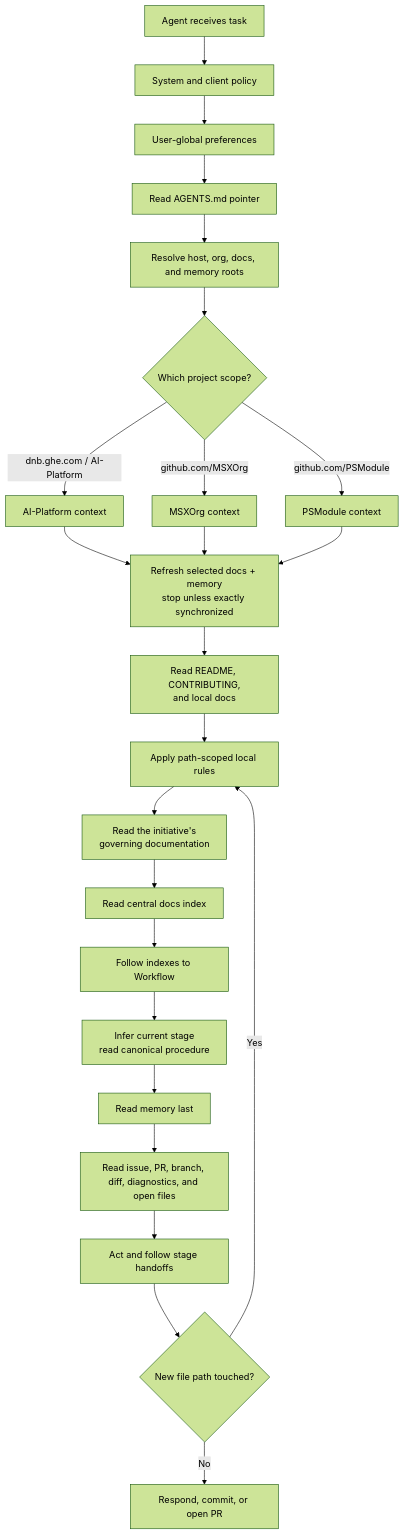
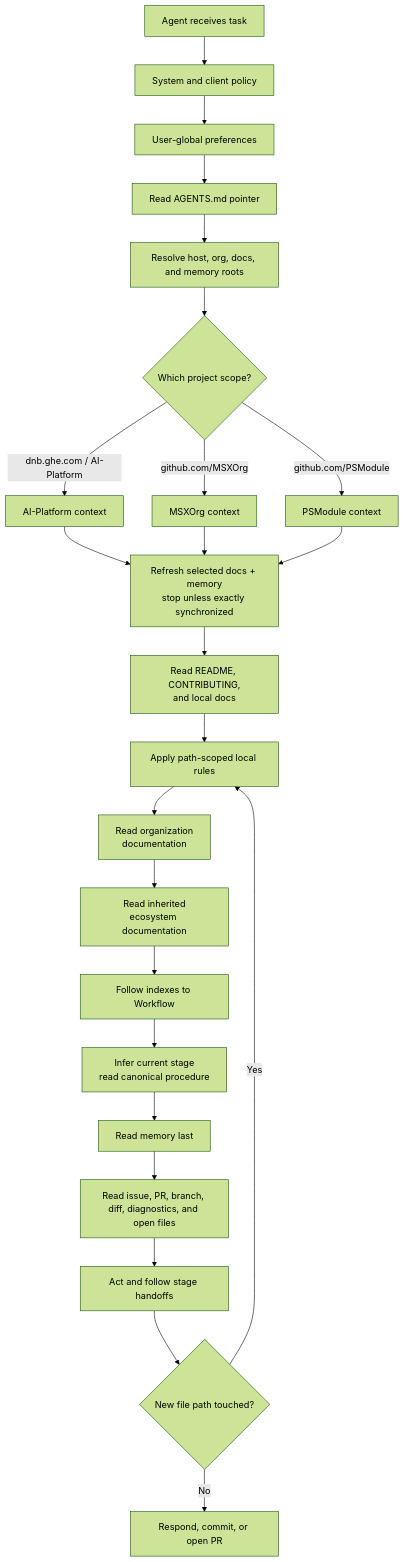
One commit to MSXOrg/docs changed the diagram in src/docs/Capabilities/agentic-development/design.md. Above: the diagram before and after it, drawn with Mermaid (forest theme). The commit also changed 1 other file, not shown here.

Commit message:
Use the spec's own layer vocabulary instead of initiative
The capability is organization-scoped and never defines initiative;
its contract calls the layers organization documentation and inherited
ecosystem documentation. The requirements and the resolution diagram
now match.

````diff
--- a/src/docs/Capabilities/agentic-development/design.md
+++ b/src/docs/Capabilities/agentic-development/design.md
@@ -130,30 +130,30 @@
 ```mermaid
 flowchart TD
   start["Agent receives task"] --> policy["System and client policy"]
   policy --> user["User-global preferences"]
   user --> pointer["Read AGENTS.md pointer"]
   pointer --> locate["Resolve host, org, docs, and memory roots"]
 
   locate --> host{"Which project scope?"}
   host -->|"dnb.ghe.com / AI-Platform"| aip["AI-Platform context"]
   host -->|"github.com/MSXOrg"| msx["MSXOrg context"]
   host -->|"github.com/PSModule"| psmodule["PSModule context"]
 
   aip --> refresh["Refresh selected docs + memory<br/>stop unless exactly synchronized"]
   msx --> refresh
   psmodule --> refresh
   refresh --> repo["Read README, CONTRIBUTING,<br/>and local docs"]
   repo --> path["Apply path-scoped local rules"]
-  path --> initiative["Read the initiative's<br/>governing documentation"]
-  initiative --> docs["Read central docs index"]
+  path --> orgdocs["Read organization<br/>documentation"]
+  orgdocs --> docs["Read inherited<br/>ecosystem documentation"]
   docs --> workflow["Follow indexes to Workflow"]
 
   workflow --> stage["Infer current stage<br/>read canonical procedure"]
   stage --> memory["Read memory last"]
   memory --> task["Read issue, PR, branch, diff, diagnostics, and open files"]
   task --> act["Act and follow stage handoffs"]
 
   act --> newpath{"New file path touched?"}
   newpath -->|"Yes"| path
   newpath -->|"No"| done["Respond, commit, or open PR"]
 ```
````
